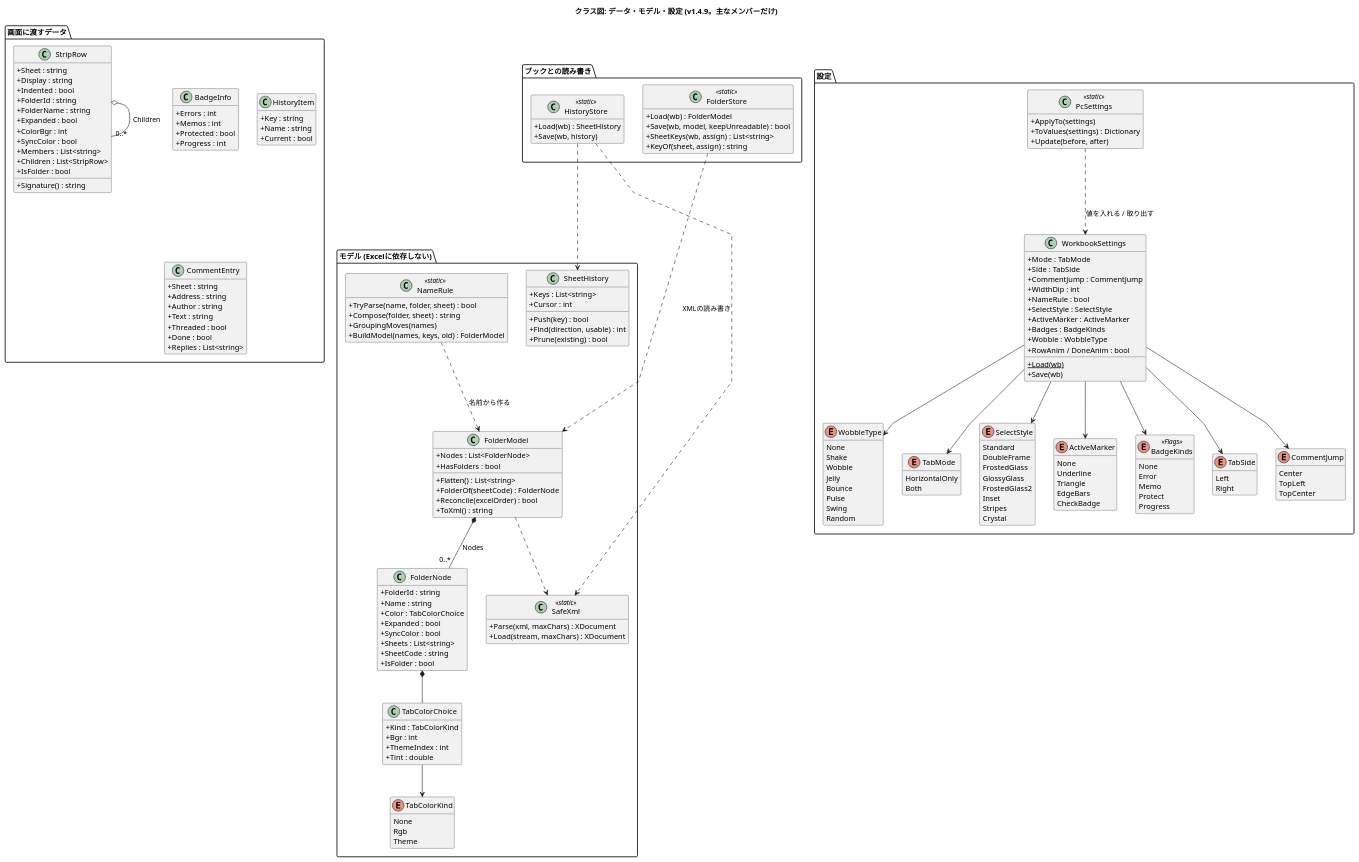
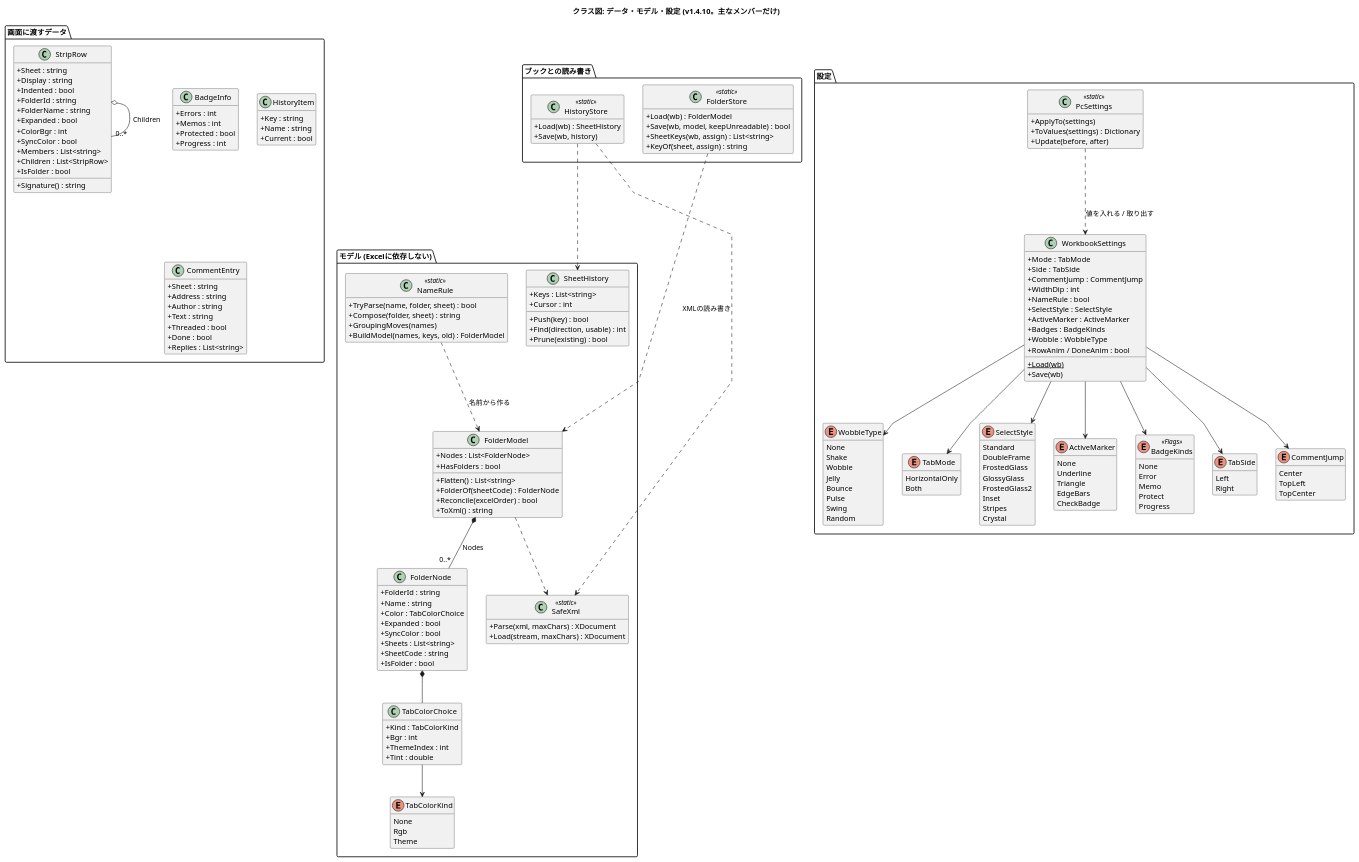
The diagram in docs/class-data.puml (nk-taka623/VerticalSheetTabs), drawn with PlantUML before and after one commit. The commit also changed 14 other files, not shown here.

Commit message:
v1.4.10 にする (バージョン、README の変更点、Agents.md、図)

```diff
--- a/docs/class-data.puml
+++ b/docs/class-data.puml
@@ -1,195 +1,195 @@
 @startuml
-title クラス図: データ・モデル・設定 (v1.4.9。主なメンバーだけ)
+title クラス図: データ・モデル・設定 (v1.4.10。主なメンバーだけ)
 skinparam shadowing false
 skinparam classAttributeIconSize 0
 skinparam linetype polyline
 hide empty members
 
 package "モデル (Excelに依存しない)" {
   class FolderModel {
     +Nodes : List<FolderNode>
     +HasFolders : bool
     +Flatten() : List<string>
     +FolderOf(sheetCode) : FolderNode
     +Reconcile(excelOrder) : bool
     +ToXml() : string
   }
   class FolderNode {
     +FolderId : string
     +Name : string
     +Color : TabColorChoice
     +Expanded : bool
     +SyncColor : bool
     +Sheets : List<string>
     +SheetCode : string
     +IsFolder : bool
   }
   class TabColorChoice {
     +Kind : TabColorKind
     +Bgr : int
     +ThemeIndex : int
     +Tint : double
   }
   enum TabColorKind {
     None
     Rgb
     Theme
   }
   class SheetHistory {
     +Keys : List<string>
     +Cursor : int
     +Push(key) : bool
     +Find(direction, usable) : int
     +Prune(existing) : bool
   }
   class NameRule <<static>> {
     +TryParse(name, folder, sheet) : bool
     +Compose(folder, sheet) : string
     +GroupingMoves(names)
     +BuildModel(names, keys, old) : FolderModel
   }
   class SafeXml <<static>> {
     +Parse(xml, maxChars) : XDocument
     +Load(stream, maxChars) : XDocument
   }
 }
 
 package "ブックとの読み書き" {
   class FolderStore <<static>> {
     +Load(wb) : FolderModel
     +Save(wb, model, keepUnreadable) : bool
     +SheetKeys(wb, assign) : List<string>
     +KeyOf(sheet, assign) : string
   }
   class HistoryStore <<static>> {
     +Load(wb) : SheetHistory
     +Save(wb, history)
   }
 }
 
 package "設定" {
   class WorkbookSettings {
     +Mode : TabMode
     +Side : TabSide
     +CommentJump : CommentJump
     +WidthDip : int
     +NameRule : bool
     +SelectStyle : SelectStyle
     +ActiveMarker : ActiveMarker
     +Badges : BadgeKinds
     +Wobble : WobbleType
     +RowAnim / DoneAnim : bool
     +Load(wb) {static}
     +Save(wb)
   }
   class PcSettings <<static>> {
     +ApplyTo(settings)
     +ToValues(settings) : Dictionary
     +Update(before, after)
   }
   enum TabMode {
     HorizontalOnly
     Both
   }
   enum SelectStyle {
     Standard
     DoubleFrame
     FrostedGlass
     GlossyGlass
     FrostedGlass2
     Inset
     Stripes
     Crystal
   }
   enum ActiveMarker {
     None
     Underline
     Triangle
     EdgeBars
     CheckBadge
   }
   enum BadgeKinds <<Flags>> {
     None
     Error
     Memo
     Protect
     Progress
   }
   enum TabSide {
     Left
     Right
   }
   enum CommentJump {
     Center
     TopLeft
     TopCenter
   }
   enum WobbleType {
     None
     Shake
     Wobble
     Jelly
     Bounce
     Pulse
     Swing
     Random
   }
 }
 
 package "画面に渡すデータ" {
   class StripRow {
     +Sheet : string
     +Display : string
     +Indented : bool
     +FolderId : string
     +FolderName : string
     +Expanded : bool
     +ColorBgr : int
     +SyncColor : bool
     +Members : List<string>
     +Children : List<StripRow>
     +IsFolder : bool
     +Signature() : string
   }
   class BadgeInfo {
     +Errors : int
     +Memos : int
     +Protected : bool
     +Progress : int
   }
   class HistoryItem {
     +Key : string
     +Name : string
     +Current : bool
   }
   class CommentEntry {
     +Sheet : string
     +Address : string
     +Author : string
     +Text : string
     +Threaded : bool
     +Done : bool
     +Replies : List<string>
   }
 }
 
 FolderModel *-- "0..*" FolderNode : Nodes
 FolderNode *-- TabColorChoice
 TabColorChoice --> TabColorKind
 StripRow o-- "0..*" StripRow : Children
 
 FolderStore ..> FolderModel : XMLの読み書き
 FolderModel ..> SafeXml
 HistoryStore ..> SheetHistory
 HistoryStore ..> SafeXml
 NameRule ..> FolderModel : 名前から作る
 
 WorkbookSettings --> TabMode
 WorkbookSettings --> TabSide
 WorkbookSettings --> CommentJump
 WorkbookSettings --> SelectStyle
 WorkbookSettings --> ActiveMarker
 WorkbookSettings --> BadgeKinds
 WorkbookSettings --> WobbleType
 PcSettings ..> WorkbookSettings : 値を入れる / 取り出す
 @enduml
```
